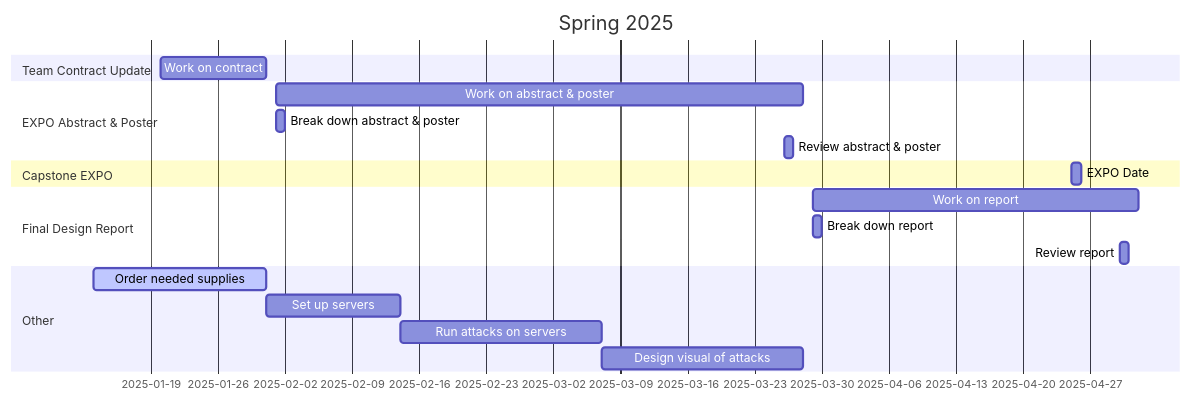
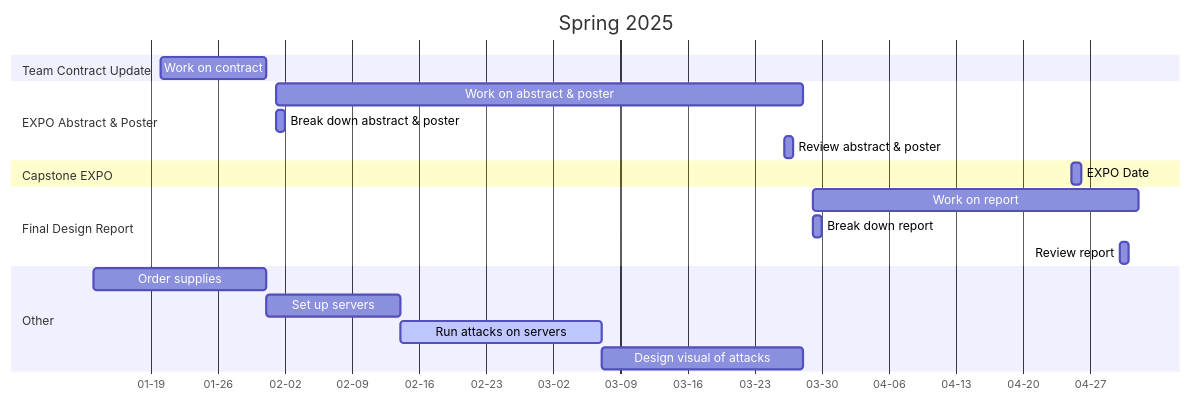
The second of 2 diagrams in src/ProjectGanttChart.qmd (VCU-CS-Capstone/CS-25-341-CyberSecurity-Visualization), drawn with Mermaid before and after one commit. The commit also changed other lines of this file and 1 other file, not shown here.

Commit message:
Fixed axis date format

````diff
--- a/src/ProjectGanttChart.qmd
+++ b/src/ProjectGanttChart.qmd
@@ -47,29 +48,30 @@
 ```{mermaid}
 gantt
     dateFormat  MM-DD
+    axisFormat  %m-%d
     title       Spring 2025
     todayMarker off
 
     section Team Contract Update
     Work on contract                    :           01-20, 01-31
 
     section EXPO Abstract & Poster
     Work on abstract & poster           :           02-01, 03-28
     Break down abstract & poster        :           02-01, 1d
     Review abstract & poster            :           03-26, 1d
 
     section Capstone EXPO
     EXPO Date                           :           04-25, 1d
 
     section Final Design Report
     Work on report                      :           03-29, 05-02
     Break down report                   :           03-29, 1d
     Review report                       :           04-30, 1d
 
     section Other
-    Order needed supplies               :active,    task1,       01-13, 01-31
+    Order supplies                      :           task1,       01-13, 01-31
     Set up servers                      :           task2, after task1, 2w
-    Run attacks on servers              :           task3, after task2, 3w
+    Run attacks on servers              :active,    task3, after task2, 3w
     Design visual of attacks            :           task4, after task3, 3w
 
 ```
````
